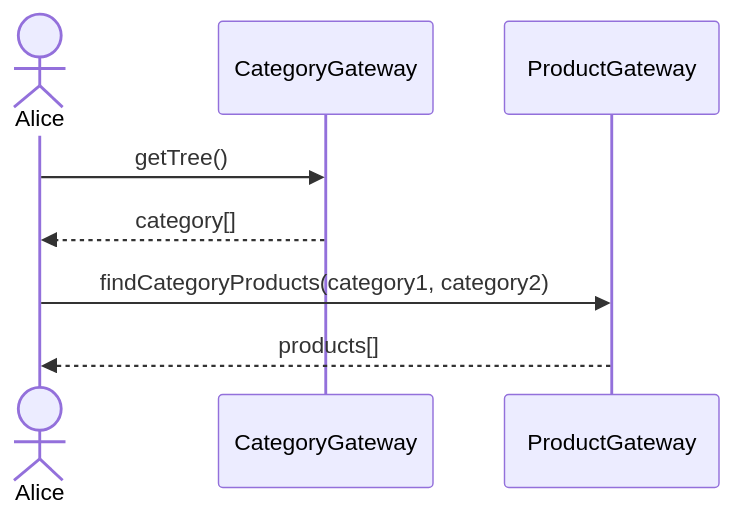
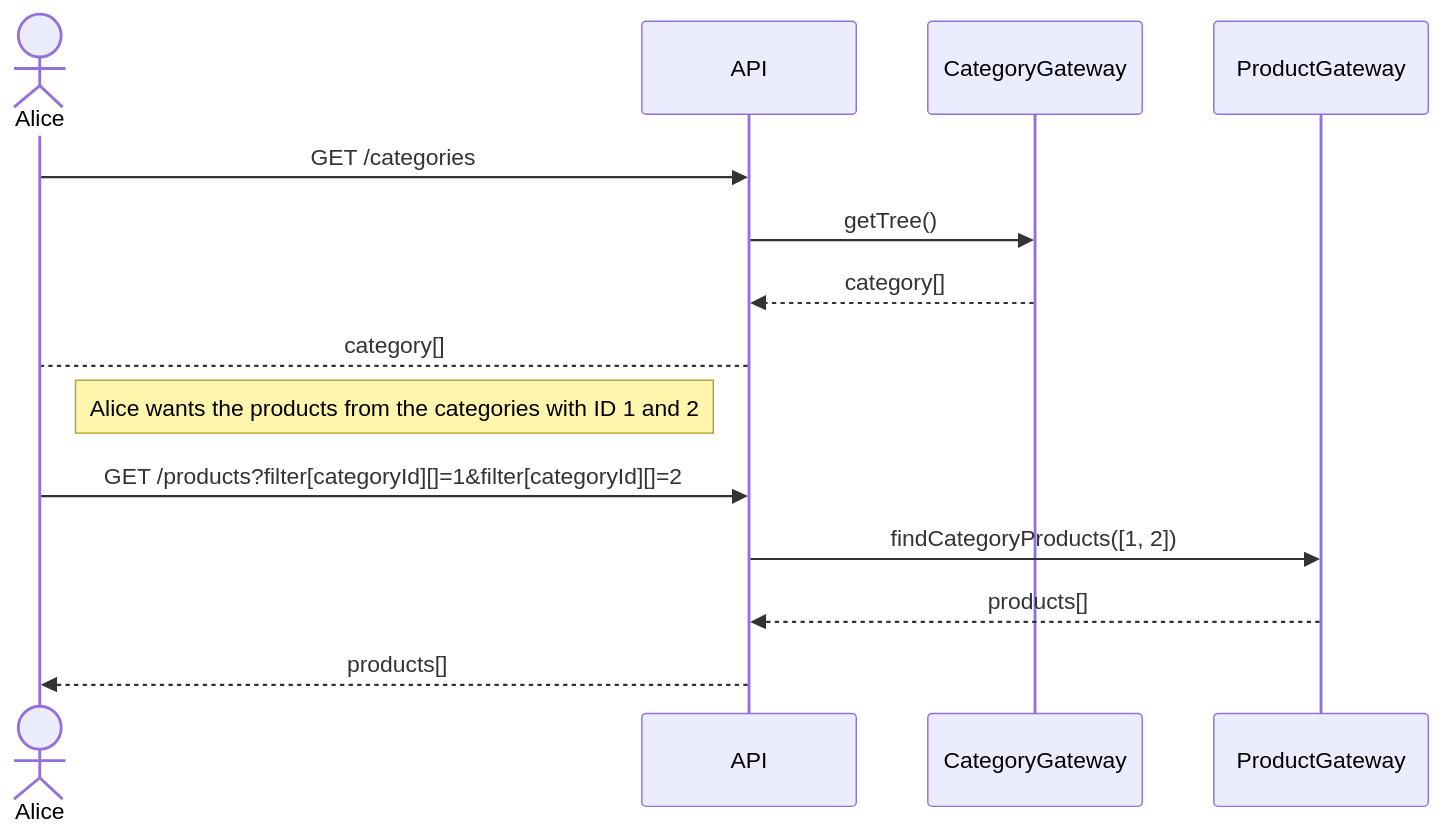
Before and after one commit to hivetown/planning: the first of 32 diagrams in sequence.md, drawn with Mermaid. The commit also changed other lines of this file, not shown here.

````diff
--- a/sequence.md
+++ b/sequence.md
@@ -44,11 +44,18 @@
 ```mermaid
 sequenceDiagram
     actor A as Alice
+    participant API
     participant CG as CategoryGateway
     participant PG as ProductGateway
 
-    A ->> CG : getTree()
-    CG -->> A: category[]
-    A ->> PG: findCategoryProducts(category1, category2)
-    PG -->> A: products[]
+    A ->> API: GET /categories
+    API ->> CG : getTree()
+    CG -->> API: category[]
+    API --> A: category[]
+
+    Note right of A: Alice wants the products from the categories with ID 1 and 2
+    A ->> API: GET /products?filter[categoryId][]=1&filter[categoryId][]=2
+    API ->> PG: findCategoryProducts([1, 2])
+    PG -->> API: products[]
+    API -->> A: products[]
 ```
````
